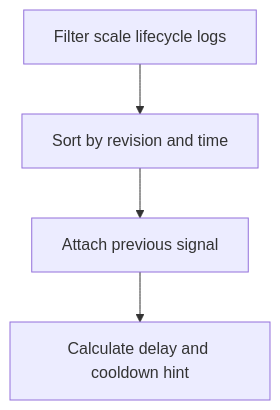
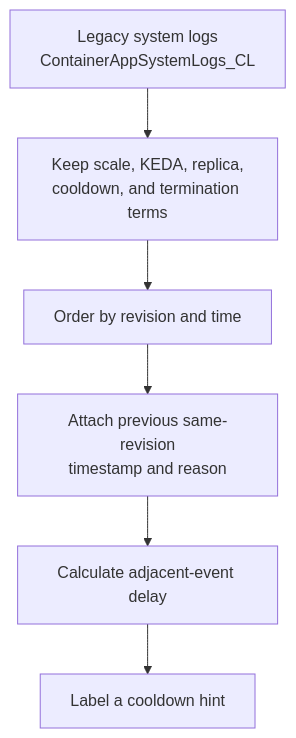
The diagram in docs/troubleshooting/kql/scaling-and-replicas/scale-in-delay-analysis.md (yeongseon/azure-container-apps-practical-guide), drawn with Mermaid before and after one commit. The commit also changed other lines of this file and 22 other files, not shown here.

First line of the commit message:
docs(diagrams): migrate KQL diagnostic flows (#622)

````diff
--- a/docs/troubleshooting/kql/scaling-and-replicas/scale-in-delay-analysis.md
+++ b/docs/troubleshooting/kql/scaling-and-replicas/scale-in-delay-analysis.md
@@ -36,4 +36,11 @@
 ```mermaid
 flowchart TD
-    A[Filter scale lifecycle logs] --> B[Sort by revision and time] --> C[Attach previous signal] --> D[Calculate delay and cooldown hint]
+    accTitle: Estimate delay between adjacent scale-related log signals
+    accDescr: The query selects scale-related legacy system-log rows, orders them by revision and time, attaches the previous row from the same revision, calculates the elapsed seconds, and labels the result as a cooldown hint rather than a timer measurement.
+
+    SOURCE[Legacy system logs<br/>ContainerAppSystemLogs_CL] --> SIGNALS[Keep scale, KEDA, replica,<br/>cooldown, and termination terms]
+    SIGNALS --> ORDER[Order by revision and time]
+    ORDER --> PREVIOUS[Attach previous same-revision<br/>timestamp and reason]
+    PREVIOUS --> DELAY[Calculate adjacent-event delay]
+    DELAY --> ASSESS[Label a cooldown hint]
 ```
````
